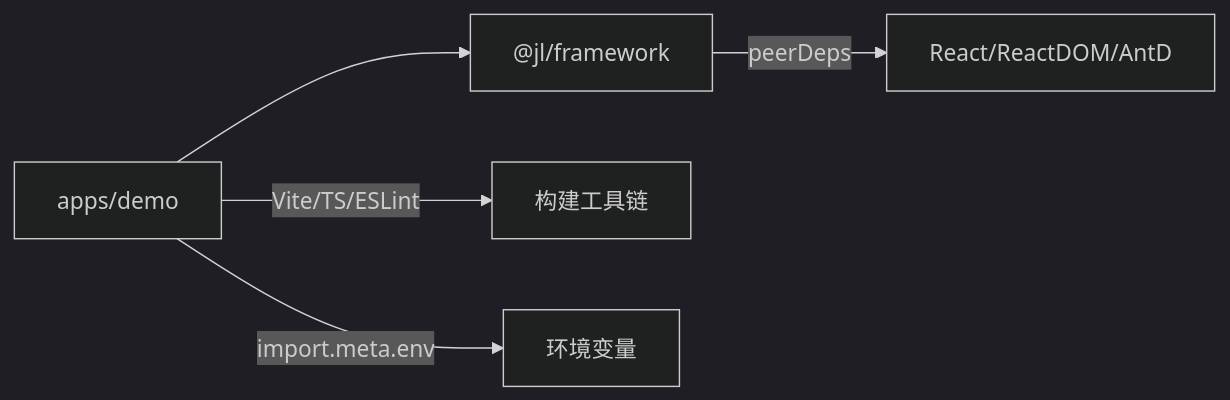
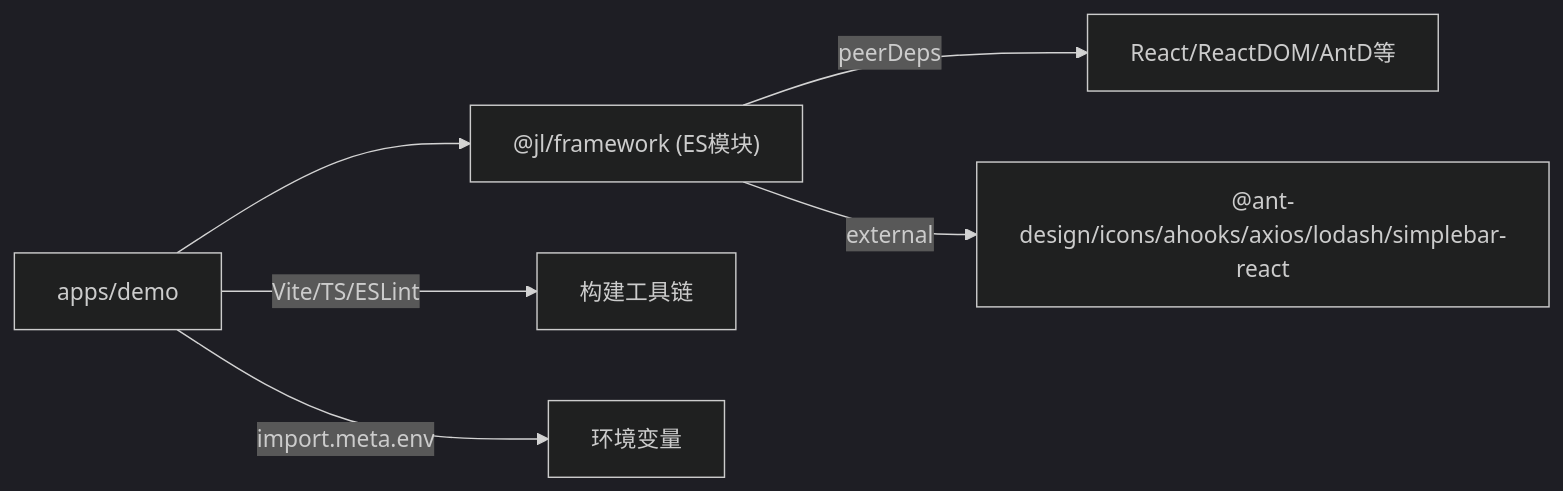
Before and after one commit to liqiongke/FrontArk: the third of 3 diagrams in .qoder/repowiki/zh/content/部署运维.md, drawn with Mermaid (dark theme). The commit also changed other lines of this file and 17 other files, not shown here.

````diff
--- a/.qoder/repowiki/zh/content/部署运维.md
+++ b/.qoder/repowiki/zh/content/部署运维.md
@@ -223,7 +253,8 @@
 ```mermaid
 graph LR
-App["apps/demo"] --> FW["@jl/framework"]
+App["apps/demo"] --> FW["@jl/framework (ES模块)"]
 App --> |Vite/TS/ESLint| Build["构建工具链"]
-FW --> |peerDeps| Runtime["React/ReactDOM/AntD"]
+FW --> |peerDeps| Runtime["React/ReactDOM/AntD等"]
 App --> |import.meta.env| Env["环境变量"]
+FW --> |external| ExternalDeps["@ant-design/icons/ahooks/axios/lodash/simplebar-react"]
 ```
````
